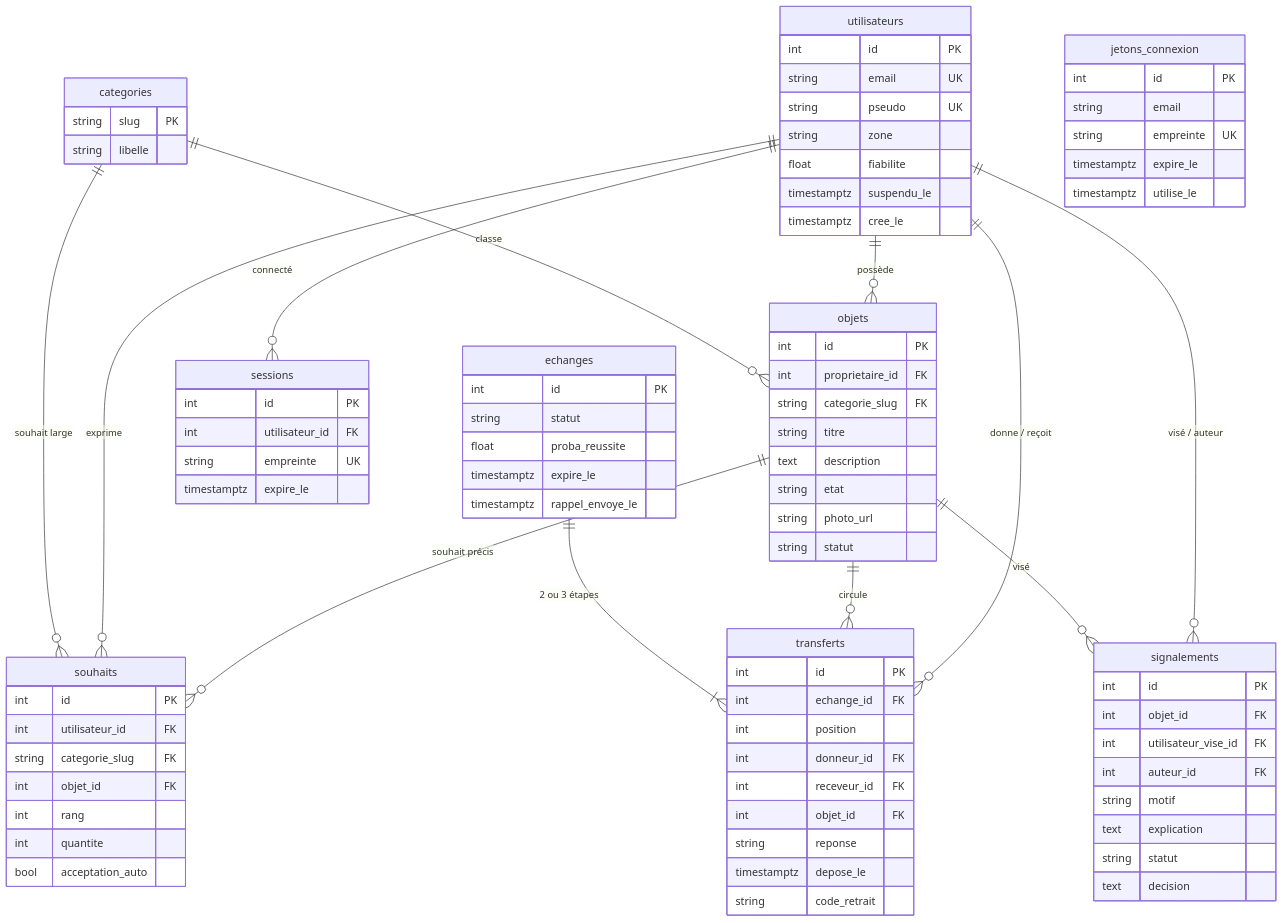
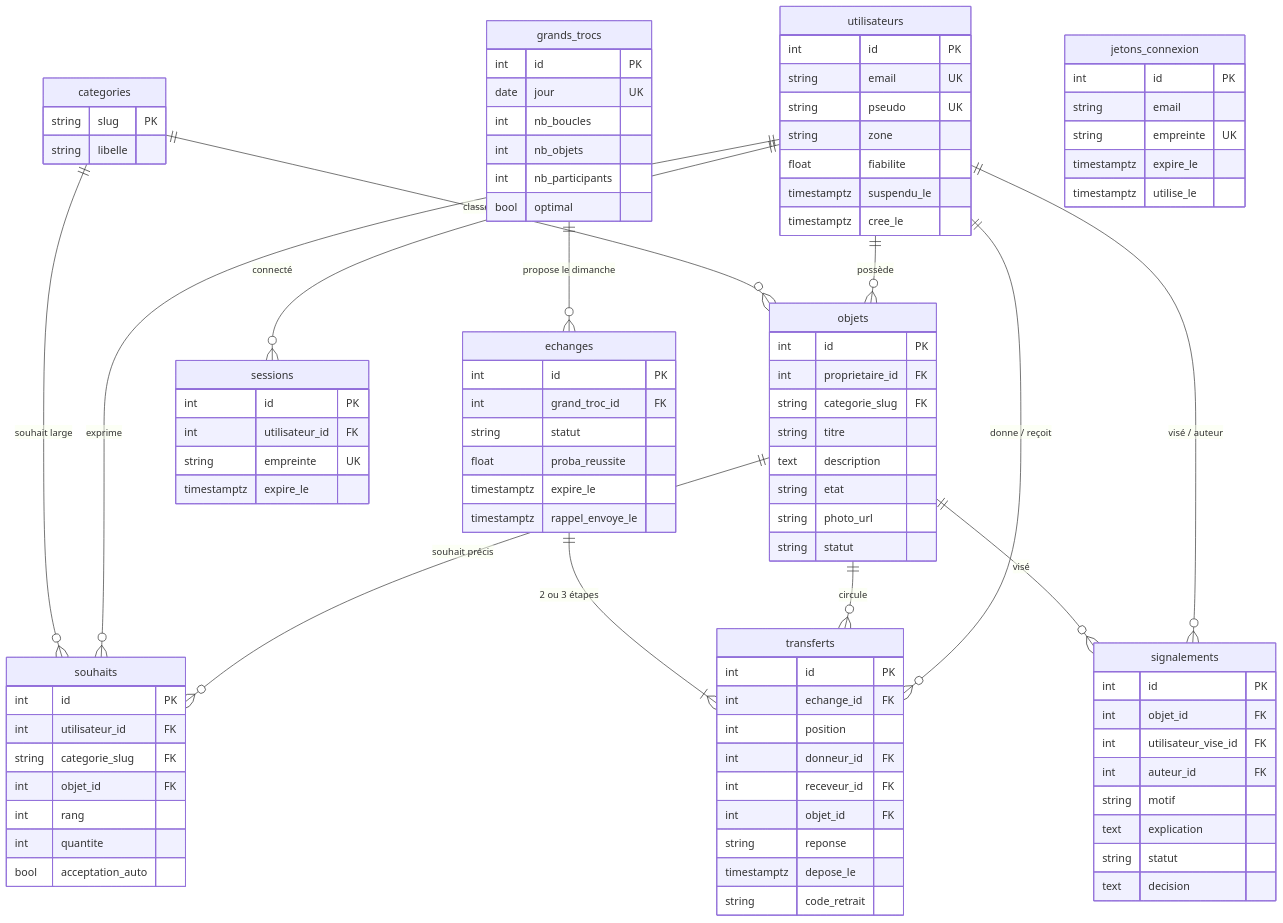
The diagram in docs/03-base-de-donnees.md (benchamply-cmyk/montroc), drawn with Mermaid before and after one commit. The commit also changed other lines of this file and 18 other files, not shown here.

First line of the commit message:
Grand Troc du dimanche : un math trade par semaine sur tout le stock

````diff
--- a/docs/03-base-de-donnees.md
+++ b/docs/03-base-de-donnees.md
@@ -7,24 +7,26 @@
 ```mermaid
 erDiagram
     categories ||--o{ objets : "classe"
     categories ||--o{ souhaits : "souhait large"
     utilisateurs ||--o{ objets : "possède"
     utilisateurs ||--o{ souhaits : "exprime"
     objets ||--o{ souhaits : "souhait précis"
+    grands_trocs ||--o{ echanges : "propose le dimanche"
     echanges ||--|{ transferts : "2 ou 3 étapes"
     objets ||--o{ transferts : "circule"
     utilisateurs ||--o{ transferts : "donne / reçoit"
     utilisateurs ||--o{ sessions : "connecté"
     objets ||--o{ signalements : "visé"
     utilisateurs ||--o{ signalements : "visé / auteur"
 
     categories { string slug PK  string libelle }
     utilisateurs { int id PK  string email UK  string pseudo UK  string zone  float fiabilite  timestamptz suspendu_le  timestamptz cree_le }
     objets { int id PK  int proprietaire_id FK  string categorie_slug FK  string titre  text description  string etat  string photo_url  string statut }
     souhaits { int id PK  int utilisateur_id FK  string categorie_slug FK  int objet_id FK  int rang  int quantite  bool acceptation_auto }
-    echanges { int id PK  string statut  float proba_reussite  timestamptz expire_le  timestamptz rappel_envoye_le }
+    grands_trocs { int id PK  date jour UK  int nb_boucles  int nb_objets  int nb_participants  bool optimal }
+    echanges { int id PK  int grand_troc_id FK  string statut  float proba_reussite  timestamptz expire_le  timestamptz rappel_envoye_le }
     transferts { int id PK  int echange_id FK  int position  int donneur_id FK  int receveur_id FK  int objet_id FK  string reponse  timestamptz depose_le  string code_retrait }
     jetons_connexion { int id PK  string email  string empreinte UK  timestamptz expire_le  timestamptz utilise_le }
     sessions { int id PK  int utilisateur_id FK  string empreinte UK  timestamptz expire_le }
     signalements { int id PK  int objet_id FK  int utilisateur_vise_id FK  int auteur_id FK  string motif  text explication  string statut  text decision }
 ```
````
